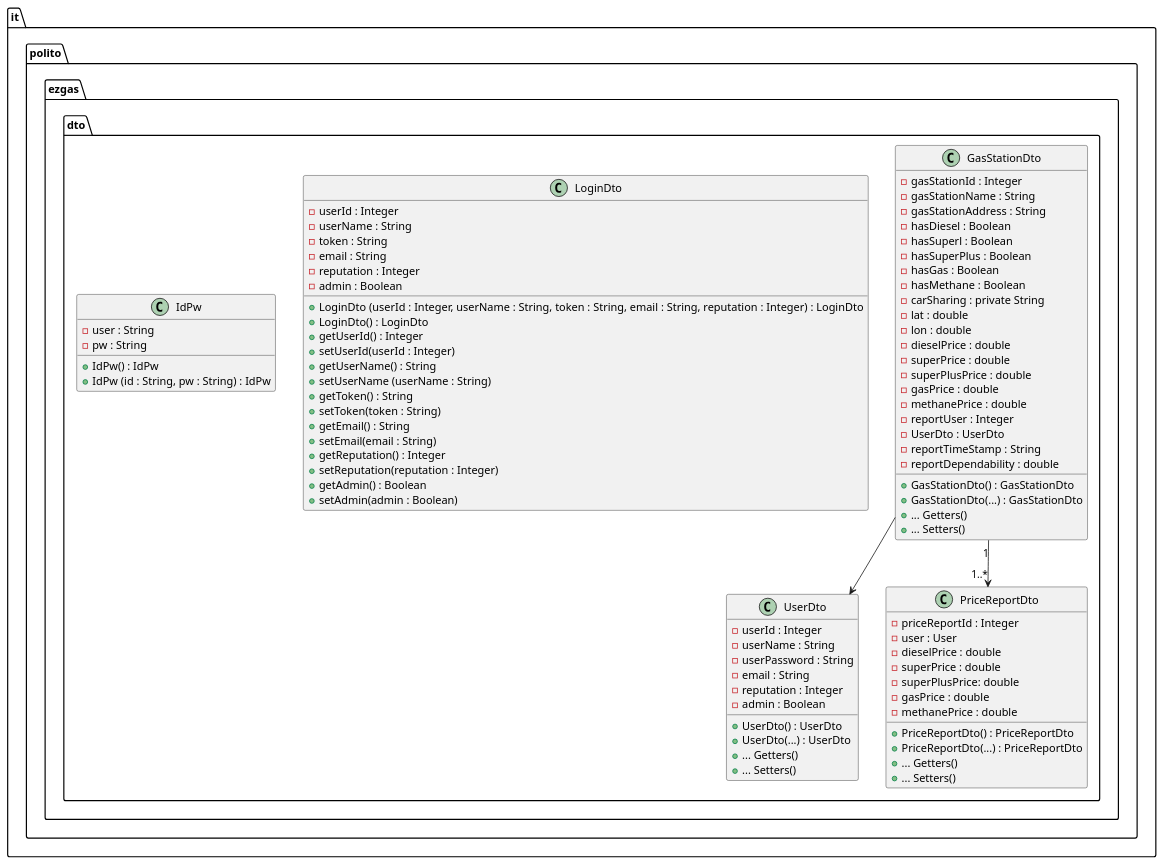
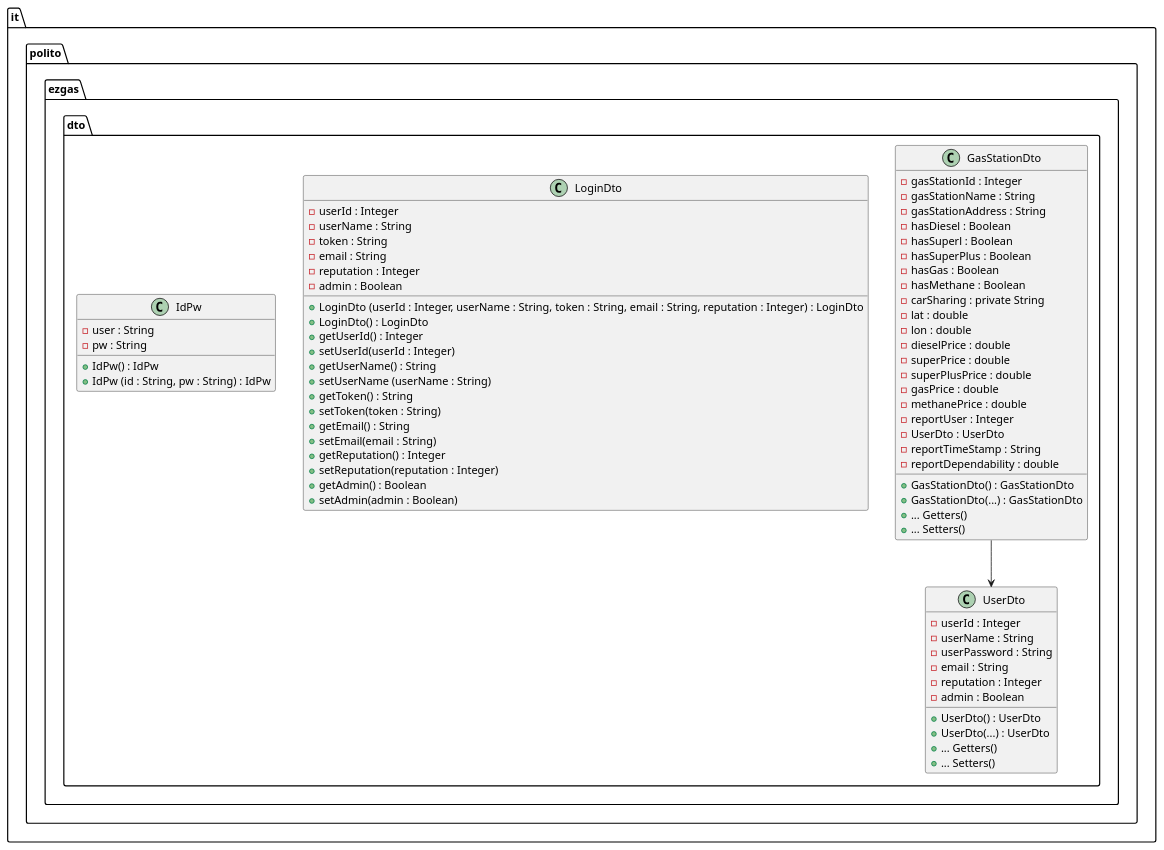
Before and after one commit to lucarinelli/ezgas: the sixth of 13 diagrams in docs/DesignDocument.md, drawn with PlantUML. The commit also changed other lines of this file, not shown here.

Commit message:
doc: remove ReportRepository from backend in Design Document

````diff
--- a/docs/DesignDocument.md
+++ b/docs/DesignDocument.md
@@ -359,19 +359,6 @@
             +getAdmin() : Boolean
             +setAdmin(admin : Boolean)
         }
-        class PriceReportDto{
-            -priceReportId : Integer
-            -user : User
-            -dieselPrice : double
-            -superPrice : double
-            -superPlusPrice: double
-            -gasPrice : double
-            -methanePrice : double
-            +PriceReportDto() : PriceReportDto
-            +PriceReportDto(...) : PriceReportDto
-            + ... Getters()
-            + ... Setters()
-        }
         class IdPw{
             -user : String
             -pw : String
@@ -380,7 +367,6 @@
         }
     }
 
-GasStationDto "1" --> "1..*" PriceReportDto
 GasStationDto --> UserDto
 @enduml
 ```
````
